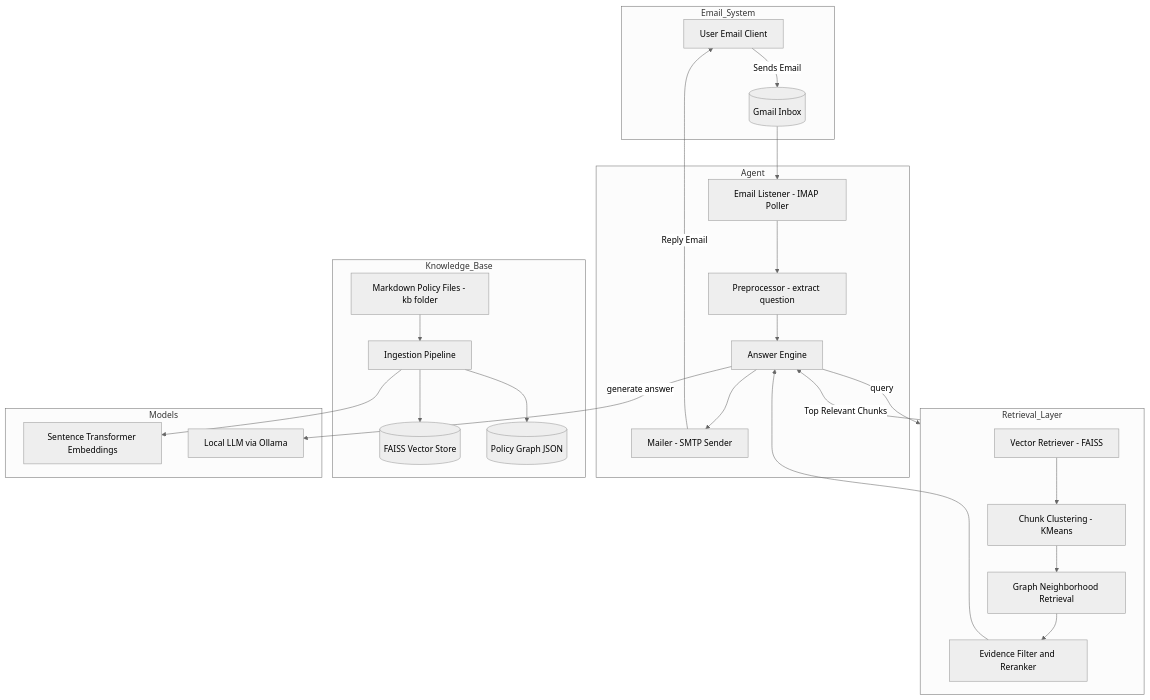
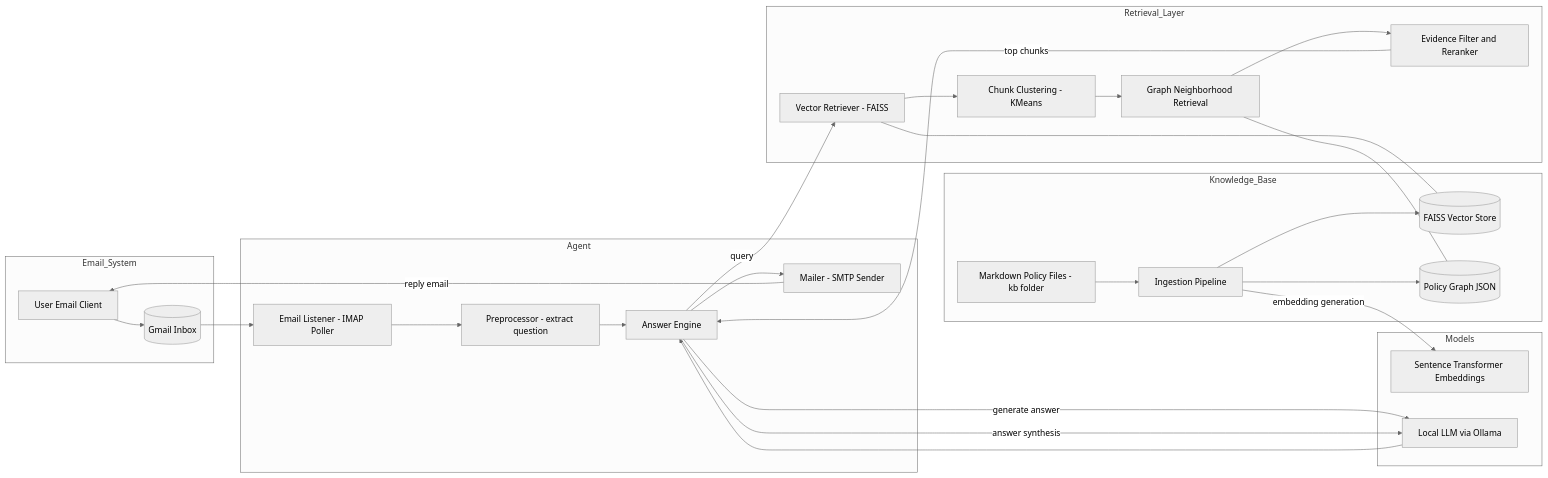
One commit to samelisha/vector_graph_rag changed the diagram in README.md. Above: the diagram before and after it, drawn with Mermaid (neutral theme).

Commit message:
updated arch flow diagram

````diff
--- a/README.md
+++ b/README.md
@@ -121,54 +121,65 @@
 ```mermaid
-flowchart TD
+flowchart LR
 
+%% USER & EMAIL
 subgraph Email_System
 U[User Email Client]
 Gmail[(Gmail Inbox)]
 end
 
+%% AGENT
 subgraph Agent
 L[Email Listener - IMAP Poller]
 P[Preprocessor - extract question]
-A[Answer Engine]
+AE[Answer Engine]
 M[Mailer - SMTP Sender]
 end
 
+%% RETRIEVAL
 subgraph Retrieval_Layer
-R1[Vector Retriever - FAISS]
-C1[Chunk Clustering - KMeans]
-G1[Graph Neighborhood Retrieval]
-F[Evidence Filter and Reranker]
+VR[Vector Retriever - FAISS]
+CL[Chunk Clustering - KMeans]
+GN[Graph Neighborhood Retrieval]
+RF[Evidence Filter and Reranker]
 end
 
+%% KNOWLEDGE BASE
 subgraph Knowledge_Base
 KBD[Markdown Policy Files - kb folder]
 ING[Ingestion Pipeline]
 VDB[(FAISS Vector Store)]
-GRAPH[(Policy Graph JSON)]
+PG[(Policy Graph JSON)]
 end
 
+%% MODELS
 subgraph Models
 EMB[Sentence Transformer Embeddings]
 LLM[Local LLM via Ollama]
 end
 
-U -->|Sends Email| Gmail
-Gmail --> L
-L --> P
-P --> A
 
-A -->|query| Retrieval_Layer
-A -->|generate answer| LLM
+%% EMAIL FLOW
+U --> Gmail --> L --> P --> AE
 
+%% RETRIEVAL FLOW
+AE -->|query| VR
+VR --> CL --> GN --> RF -->|top chunks| AE
+
+%% ANSWER GENERATION
+AE -->|generate answer| LLM --> AE
+AE --> M -->|reply email| U
+
+%% KB INGESTION
 KBD --> ING
-ING --> EMB
 ING --> VDB
-ING --> GRAPH
+ING --> PG
 
-R1 --> C1 --> G1 --> F --> A
+%% MODEL CONNECTIONS (MADE EXPLICIT)
+ING -->|embedding generation| EMB
+AE -->|answer synthesis| LLM
 
-Retrieval_Layer -->|Top Relevant Chunks| A
-A --> M
-M -->|Reply Email| U
+%% KB TO RETRIEVAL
+VR --- VDB
+GN --- PG
 
 ```
````
